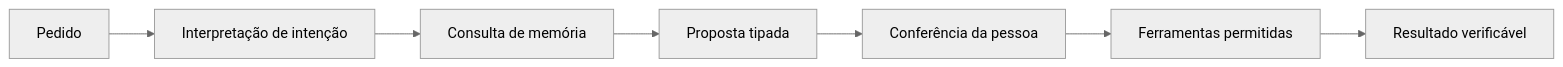
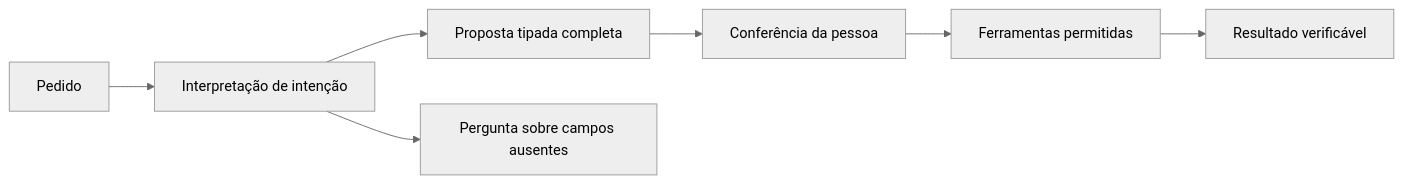
One commit to EliRepo/KiKi-AI-Agent changed the second of 2 diagrams in docs/ARCHITECTURE.md. Above: the diagram before and after it, drawn with Mermaid (neutral theme). The commit also changed other lines of this file and 19 other files, not shown here.

````diff
--- a/docs/ARCHITECTURE.md
+++ b/docs/ARCHITECTURE.md
@@ -52,9 +53,9 @@
 ```mermaid
 flowchart LR
     Request[Pedido] --> Intent[Interpretação de intenção]
-    Intent --> Evidence[Consulta de memória]
-    Evidence --> Proposal[Proposta tipada]
+    Intent --> Proposal[Proposta tipada completa]
+    Intent --> Missing[Pergunta sobre campos ausentes]
     Proposal --> Confirm[Conferência da pessoa]
     Confirm --> Tools[Ferramentas permitidas]
     Tools --> Result[Resultado verificável]
 ```
````
